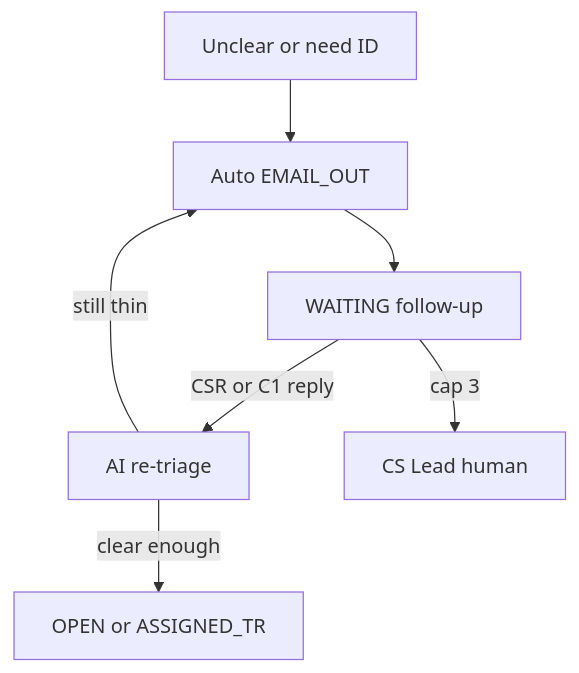
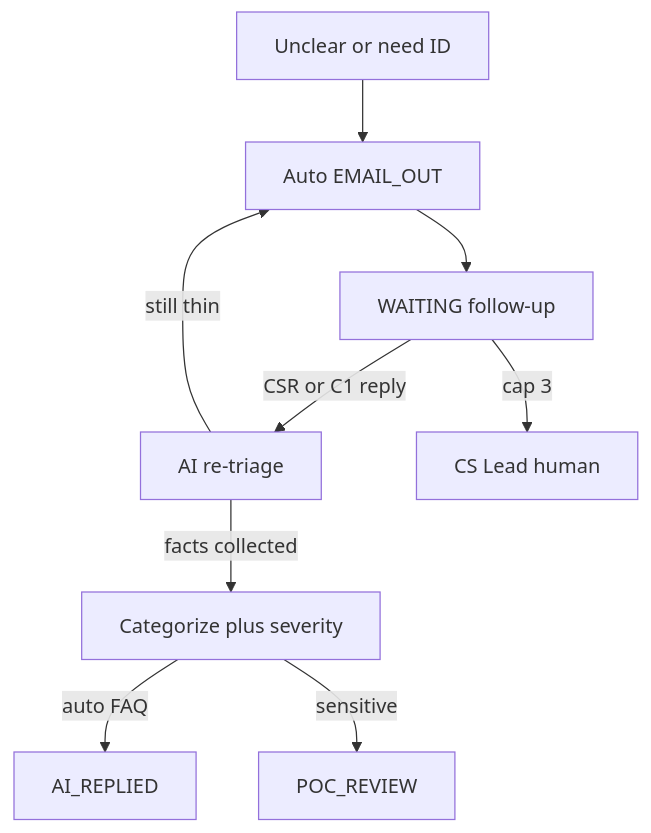
The ninth of 11 diagrams in platform/docs/PRD.md (hxyan2020/PRD), drawn with Mermaid before and after one commit. The commit also changed other lines of this file and 39 other files, not shown here.

First line of the commit message:
Add CS/TR categorize, severity, AI solution and POC review after collected facts.

````diff
--- a/platform/docs/PRD.md
+++ b/platform/docs/PRD.md
@@ -213,9 +213,11 @@
 ```mermaid
 graph TD
   Thin[Unclear or need ID] --> Mail[Auto EMAIL_OUT]
   Mail --> Wait[WAITING follow-up]
   Wait -->|CSR or C1 reply| Again[AI re-triage]
   Wait -->|cap 3| Lead[CS Lead human]
   Again -->|still thin| Mail
-  Again -->|clear enough| Open[OPEN or ASSIGNED_TR]
+  Again -->|facts collected| Analyze[Categorize plus severity]
+  Analyze -->|auto FAQ| Replied[AI_REPLIED]
+  Analyze -->|sensitive| Poc[POC_REVIEW]
 ```
````
